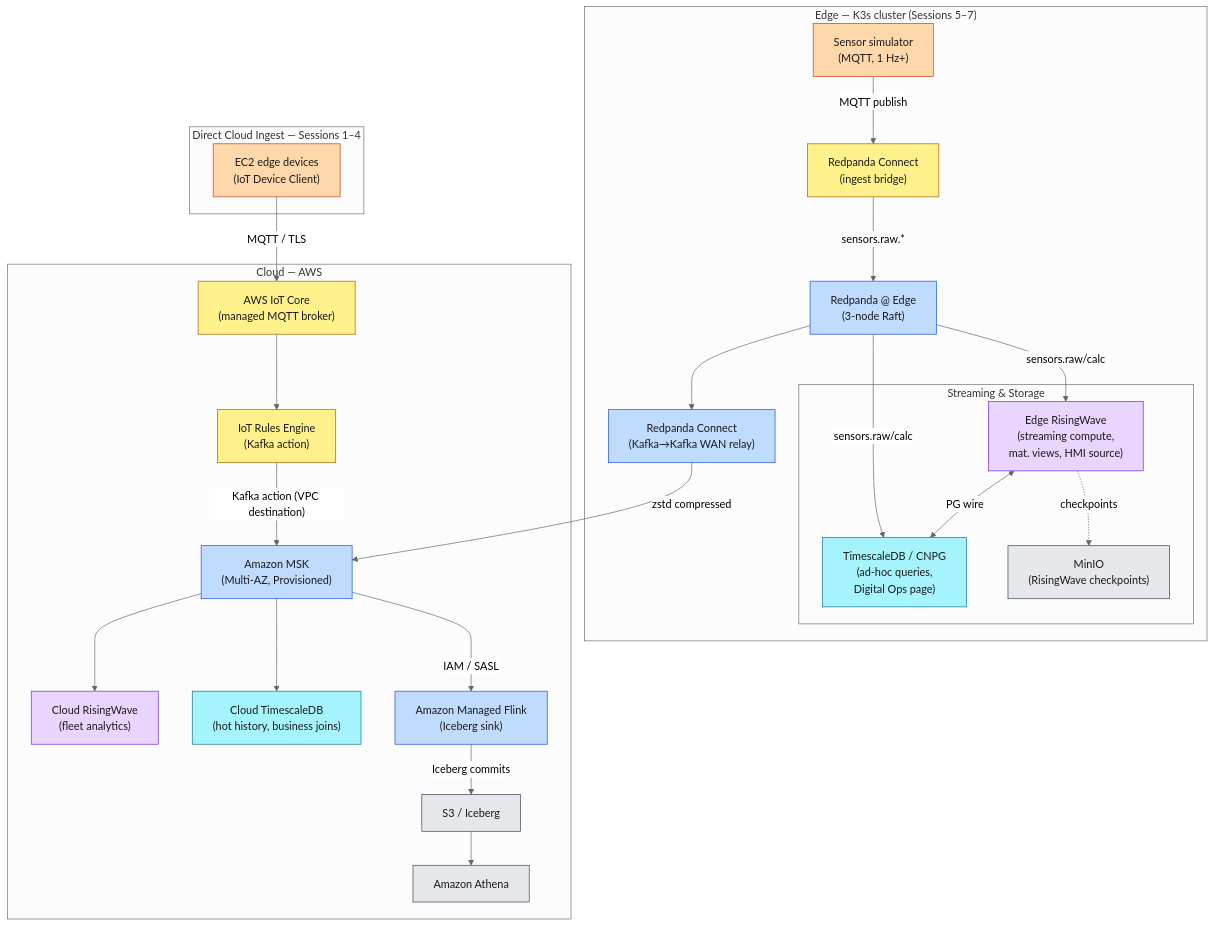
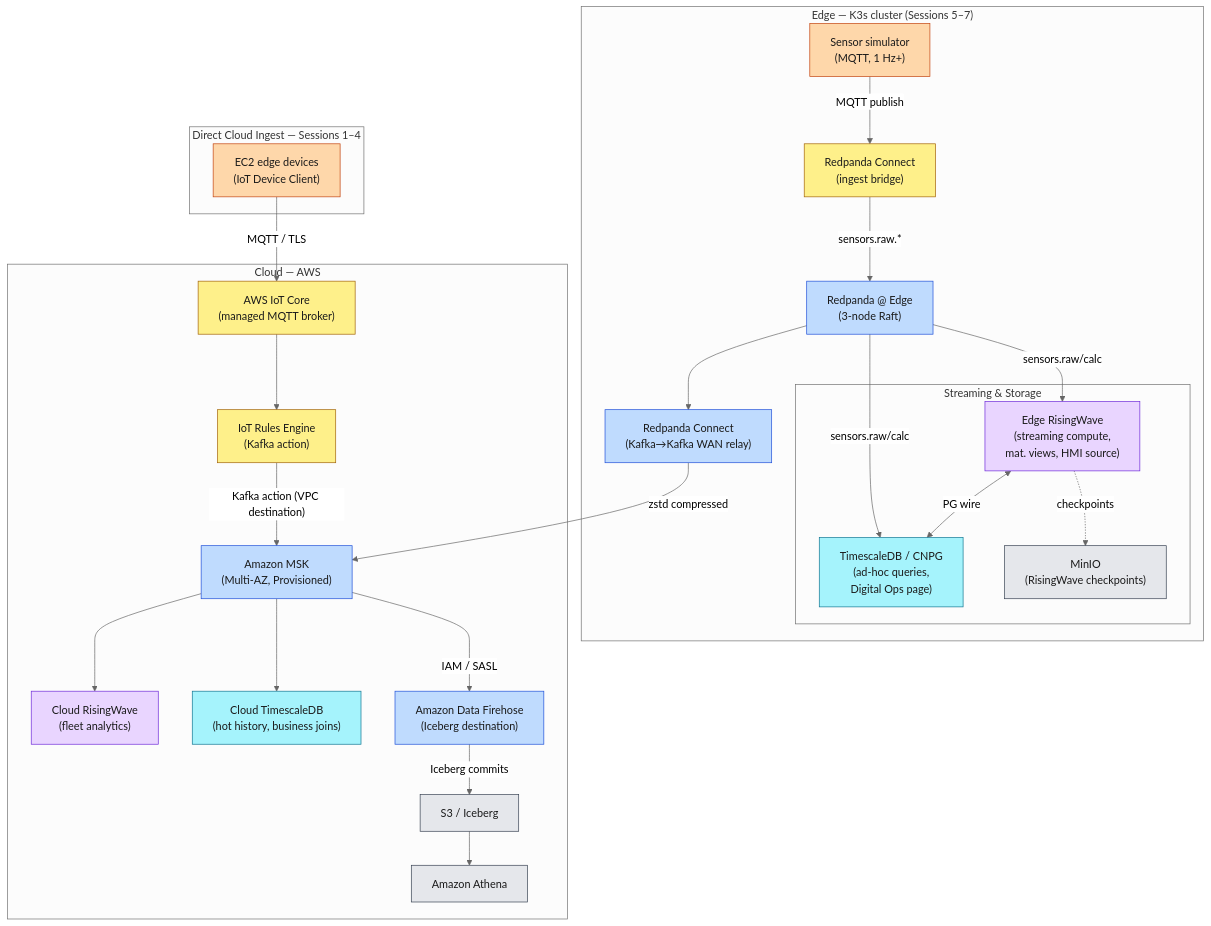
One commit to aws-samples/sample-edge-to-cloud-digital-ops-workshop changed the second of 2 diagrams in workshop/index.md. Above: the diagram before and after it, drawn with Mermaid (neutral theme). The commit also changed other lines of this file, not shown here.

Commit message:
docs: retarget archive-tier mentions in index.md from Hudi/Flink to Firehose+Iceberg

````diff
--- a/workshop/index.md
+++ b/workshop/index.md
@@ -61,64 +61,64 @@
 ```mermaid
 flowchart TD
     subgraph edge["Edge — K3s cluster (Sessions 5–7)"]
         Sensor["Sensor simulator<br>(MQTT, 1 Hz+)"]
         MQTTBroker["Redpanda Connect<br>(ingest bridge)"]
         RP["Redpanda @ Edge<br>(3-node Raft)"]
 
         subgraph edge_compute["Streaming & Storage"]
             RW_edge["Edge RisingWave<br>(streaming compute,<br>mat. views, HMI source)"]
             TSDB["TimescaleDB / CNPG<br>(ad-hoc queries,<br>Digital Ops page)"]
             MinIO["MinIO<br>(RisingWave checkpoints)"]
         end
 
         RPC_relay["Redpanda Connect<br>(Kafka→Kafka WAN relay)"]
     end
 
     subgraph iot_edge["Direct Cloud Ingest — Sessions 1–4"]
         IoTDevice["EC2 edge devices<br>(IoT Device Client)"]
     end
 
     subgraph cloud["Cloud — AWS"]
         IoTCore["AWS IoT Core<br>(managed MQTT broker)"]
         IoTRule["IoT Rules Engine<br>(Kafka action)"]
         MSK["Amazon MSK<br>(Multi-AZ, Provisioned)"]
         RW_cloud["Cloud RisingWave<br>(fleet analytics)"]
         TSDB_cloud["Cloud TimescaleDB<br>(hot history, business joins)"]
-        Flink["Amazon Managed Flink<br>(Iceberg sink)"]
+        Firehose["Amazon Data Firehose<br>(Iceberg destination)"]
         S3["S3 / Iceberg"]
         Athena["Amazon Athena"]
     end
 
     Sensor -->|MQTT publish| MQTTBroker
     MQTTBroker -->|sensors.raw.*| RP
     RP -->|sensors.raw/calc| RW_edge
     RP -->|sensors.raw/calc| TSDB
     RW_edge <-->|PG wire| TSDB
     RW_edge -.->|checkpoints| MinIO
     RP --> RPC_relay
     RPC_relay -->|zstd compressed| MSK
 
     IoTDevice -->|"MQTT / TLS"| IoTCore
     IoTCore --> IoTRule
     IoTRule -->|"Kafka action (VPC destination)"| MSK
 
     MSK --> RW_cloud
     MSK --> TSDB_cloud
-    MSK -->|"IAM / SASL"| Flink
-    Flink -->|"Iceberg commits"| S3
+    MSK -->|"IAM / SASL"| Firehose
+    Firehose -->|"Iceberg commits"| S3
     S3 --> Athena
 
     classDef sensor fill:#FED7AA,stroke:#C2410C,color:#1a1a1a
     classDef broker fill:#FEF08A,stroke:#A16207,color:#1a1a1a
     classDef streaming fill:#BFDBFE,stroke:#1D4ED8,color:#1a1a1a
     classDef inmem fill:#E9D5FF,stroke:#6D28D9,color:#1a1a1a
     classDef tsdb fill:#A5F3FC,stroke:#0E7490,color:#1a1a1a
     classDef object fill:#E5E7EB,stroke:#374151,color:#1a1a1a
 
     class Sensor,IoTDevice sensor
     class MQTTBroker,IoTCore,IoTRule broker
-    class RPC_relay,RP,MSK,Flink streaming
+    class RPC_relay,RP,MSK,Firehose streaming
     class RW_edge,RW_cloud inmem
     class TSDB,TSDB_cloud tsdb
     class MinIO,S3,Athena object
 ```
````
